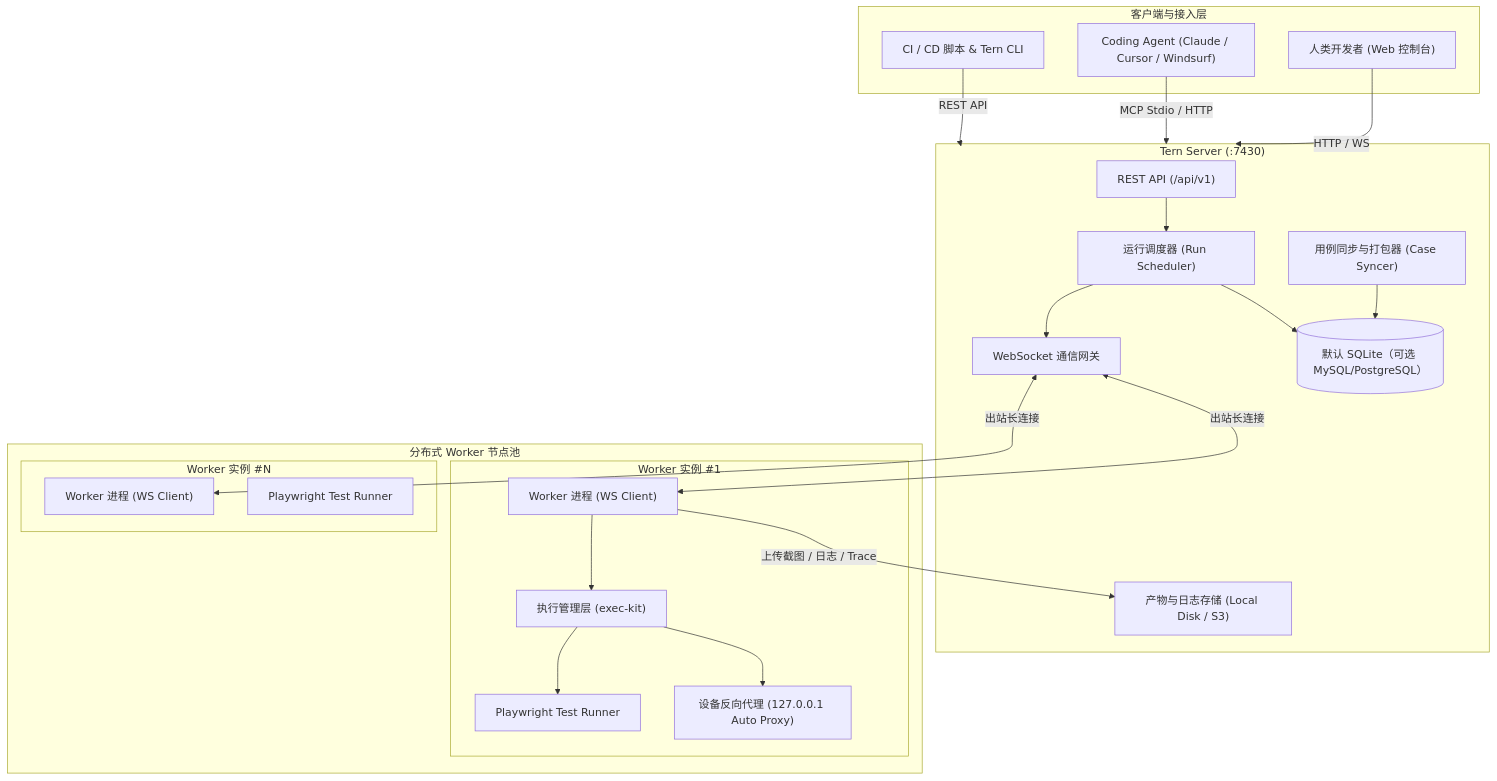
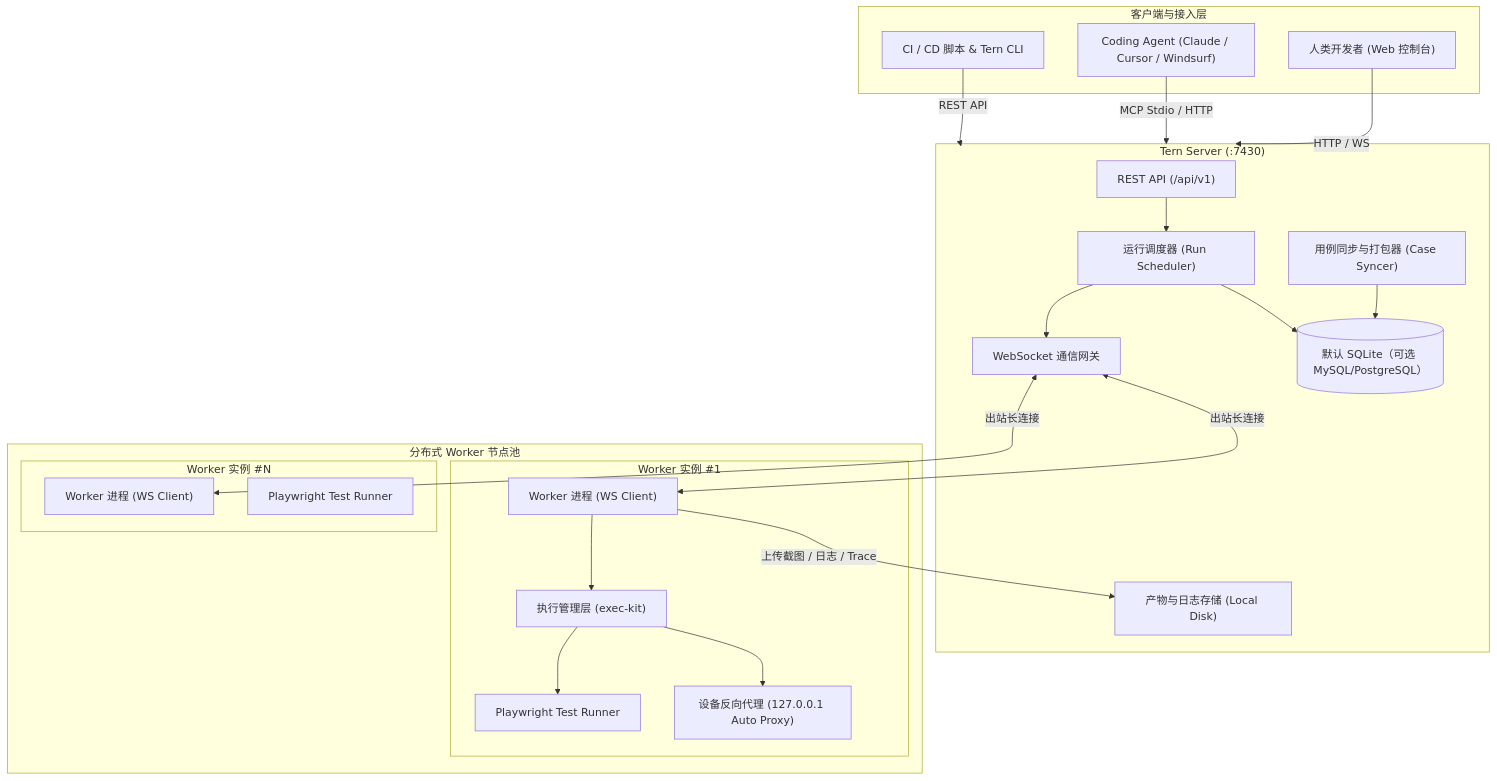
The first of 2 diagrams in docs/architecture.md (zyf8827/tern), drawn with Mermaid before and after one commit. The commit also changed 3 other files, not shown here.

````diff
--- a/docs/architecture.md
+++ b/docs/architecture.md
@@ -27,46 +27,46 @@
 ```mermaid
 flowchart TD
     subgraph Clients["客户端与接入层"]
         WebUser["人类开发者 (Web 控制台)"]
         CodingAgent["Coding Agent (Claude / Cursor / Windsurf)"]
         CLIUser["CI / CD 脚本 & Tern CLI"]
     end
 
     subgraph Server["Tern Server (:7430)"]
         RestAPI["REST API (/api/v1)"]
         WSGateway["WebSocket 通信网关"]
         SyncEngine["用例同步与打包器 (Case Syncer)"]
         Scheduler["运行调度器 (Run Scheduler)"]
         DB[(默认 SQLite（可选 MySQL/PostgreSQL）)]
-        ArtifactStore["产物与日志存储 (Local Disk / S3)"]
+        ArtifactStore["产物与日志存储 (Local Disk)"]
     end
 
     subgraph Workers["分布式 Worker 节点池"]
         subgraph Worker1["Worker 实例 #1"]
             W1Agent["Worker 进程 (WS Client)"]
             W1Exec["执行管理层 (exec-kit)"]
             W1PW["Playwright Test Runner"]
             W1Proxy["设备反向代理 (127.0.0.1 Auto Proxy)"]
         end
         subgraph WorkerN["Worker 实例 #N"]
             WNAgent["Worker 进程 (WS Client)"]
             WNPW["Playwright Test Runner"]
         end
     end
 
     WebUser -->|HTTP / WS| Server
     CodingAgent -->|MCP Stdio / HTTP| Server
     CLIUser -->|REST API| Server
 
     RestAPI --> Scheduler
     SyncEngine --> DB
     Scheduler --> DB
     Scheduler --> WSGateway
 
     WSGateway <-->|出站长连接| W1Agent
     WSGateway <-->|出站长连接| WNAgent
 
     W1Agent --> W1Exec --> W1PW
     W1Exec --> W1Proxy
     W1Agent -->|上传截图 / 日志 / Trace| ArtifactStore
 ```
````
